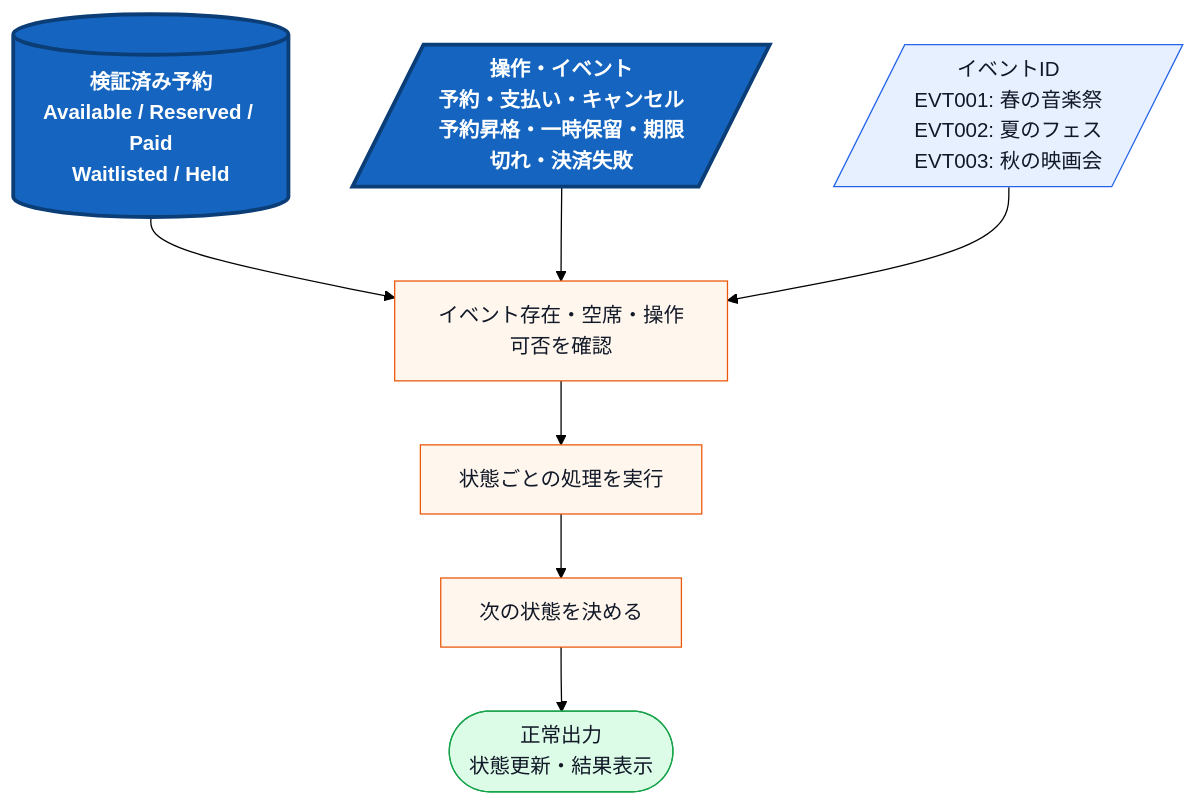
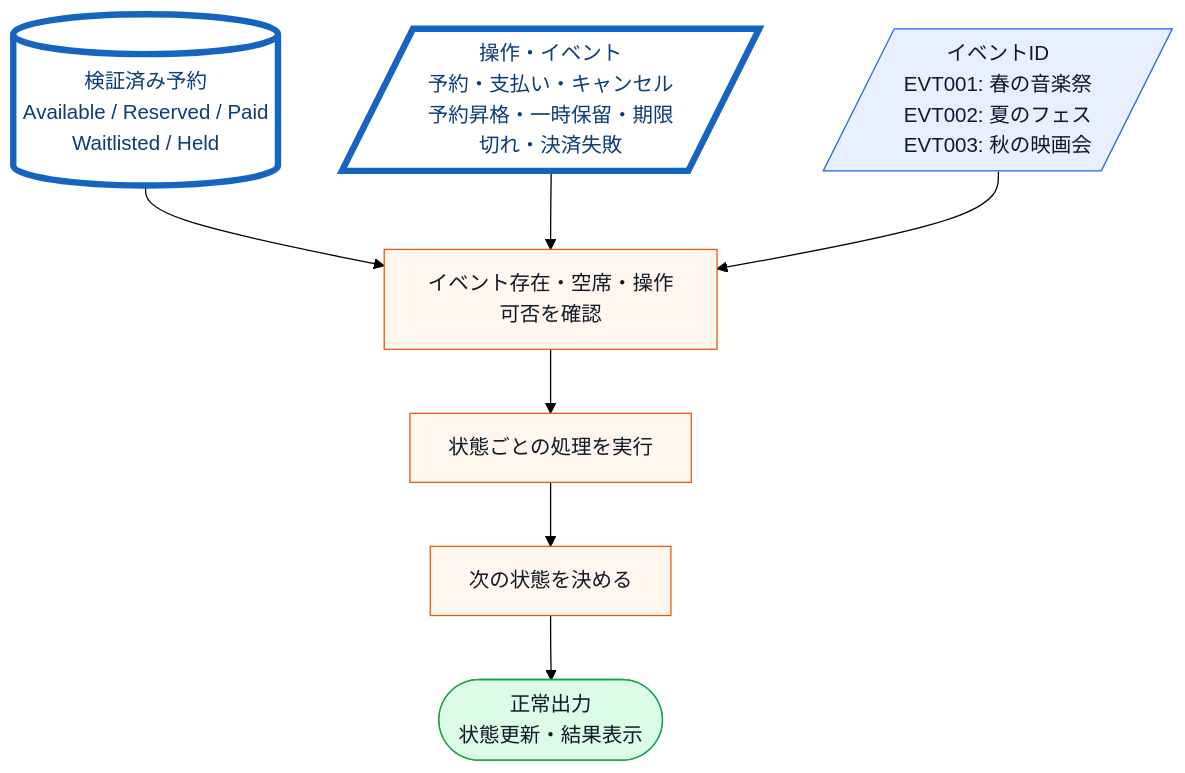
The eighth of 18 diagrams in kindle/design-patterns/books/volume01-core-patterns/output/04-chapter02.md (kumachan1101-pixel/DesignPattern), drawn with Mermaid (forest theme) before and after one commit. The commit also changed other lines of this file and 11 other files, not shown here.

First line of the commit message:
図の印を「新しく作る／開いて直す」へ分け、抜粋の改変を直す

````diff
--- a/kindle/design-patterns/books/volume01-core-patterns/output/04-chapter02.md
+++ b/kindle/design-patterns/books/volume01-core-patterns/output/04-chapter02.md
@@ -842,17 +842,17 @@
 ```mermaid
 flowchart TB
     A[(検証済み予約<br>Available / Reserved / Paid<br>Waitlisted / Held)]:::data --> B[イベント存在・空席・操作可否を確認]:::process
     C[/操作・イベント<br>予約・支払い・キャンセル<br>予約昇格・一時保留・期限切れ・決済失敗/]:::input --> B
     D[/イベントID<br>EVT001: 春の音楽祭<br>EVT002: 夏のフェス<br>EVT003: 秋の映画会/]:::input --> B
     B --> F[状態ごとの処理を実行]:::process
     F --> G[次の状態を決める]:::process
     G --> H([正常出力<br>状態更新・結果表示]):::normal
 
     classDef data fill:#ecfeff,stroke:#0891b2,color:#111827;
     classDef input fill:#e7f0ff,stroke:#2563eb,color:#111827;
     classDef process fill:#fff7ed,stroke:#ea580c,color:#111827;
     classDef decision fill:#fef9c3,stroke:#ca8a04,color:#111827;
     classDef normal fill:#dcfce7,stroke:#16a34a,color:#111827;
-    classDef changed fill:#1565c0,stroke:#0b3d76,stroke-width:3px,color:#ffffff,font-weight:bold;
-    class A,C changed;
+    class A,C touched;
+    classDef touched fill:#ffffff,stroke:#1565c0,stroke-width:5px,color:#0b3d76;
 ```
````
